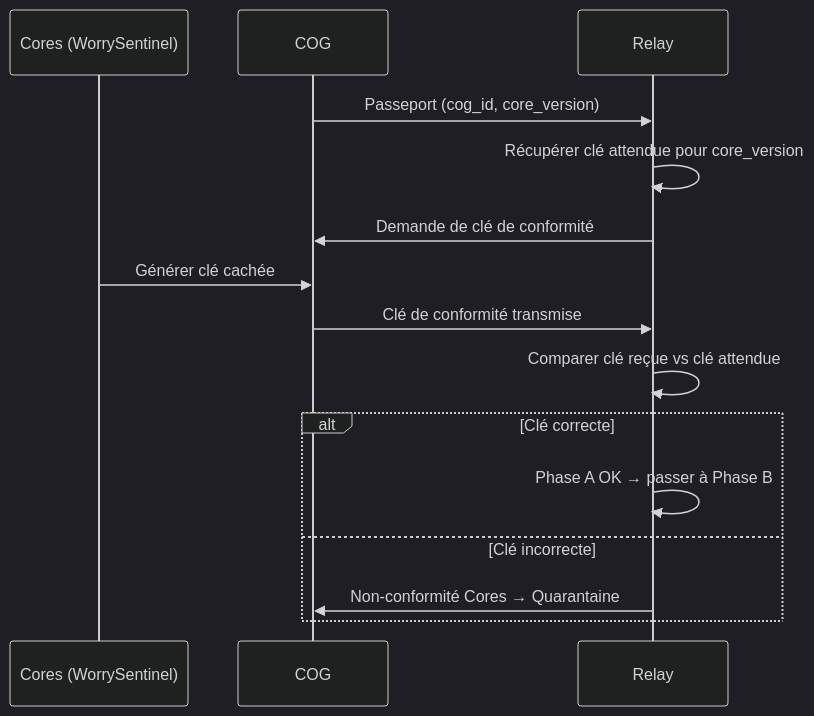
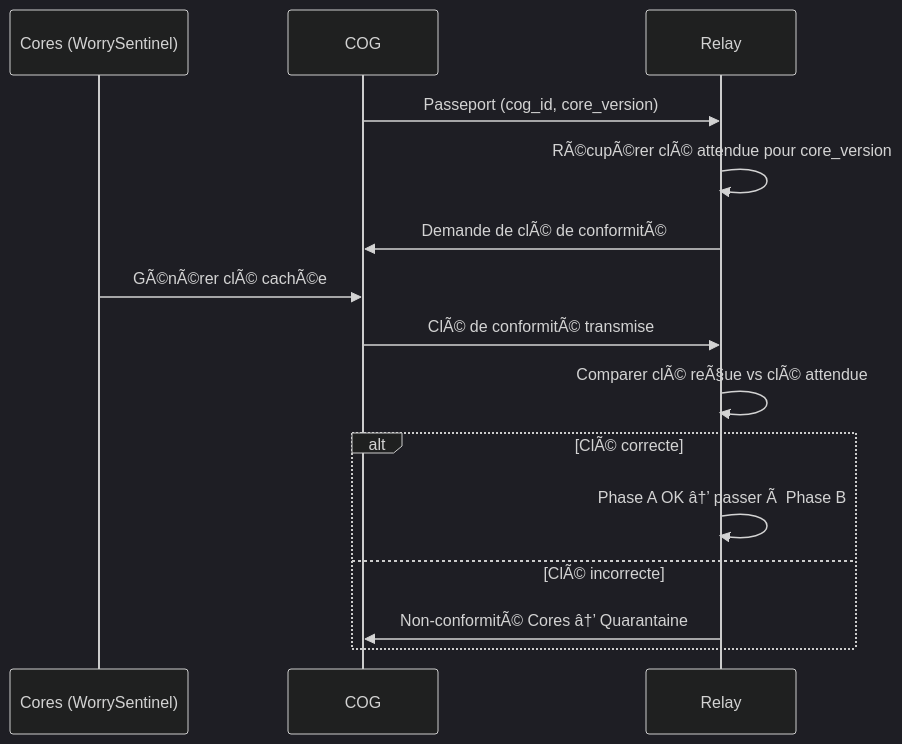
The second of 5 diagrams in docs/miyukini-webway-system/verification/MWS - Flux de Verification.md (StudioMiyukini/miyukini_cog), drawn with Mermaid (dark theme) before and after one commit. The commit also changed other lines of this file and 1287 other files, not shown here.

````diff
--- a/docs/miyukini-webway-system/verification/MWS - Flux de Verification.md
+++ b/docs/miyukini-webway-system/verification/MWS - Flux de Verification.md
@@ -72,18 +72,18 @@
 ```mermaid
 sequenceDiagram
     participant Cores as Cores (WorrySentinel)
     participant COG as COG
     participant R as Relay
 
     COG->>R: Passeport (cog_id, core_version)
-    R->>R: Récupérer clé attendue pour core_version
-    R->>COG: Demande de clé de conformité
-    Cores->>COG: Générer clé cachée
-    COG->>R: Clé de conformité transmise
-    R->>R: Comparer clé reçue vs clé attendue
-    alt Clé correcte
-        R->>R: Phase A OK → passer à Phase B
-    else Clé incorrecte
-        R->>COG: Non-conformité Cores → Quarantaine
+    R->>R: RÃ©cupÃ©rer clÃ© attendue pour core_version
+    R->>COG: Demande de clÃ© de conformitÃ©
+    Cores->>COG: GÃ©nÃ©rer clÃ© cachÃ©e
+    COG->>R: ClÃ© de conformitÃ© transmise
+    R->>R: Comparer clÃ© reÃ§ue vs clÃ© attendue
+    alt ClÃ© correcte
+        R->>R: Phase A OK â†’ passer Ã  Phase B
+    else ClÃ© incorrecte
+        R->>COG: Non-conformitÃ© Cores â†’ Quarantaine
     end
 ```
````
